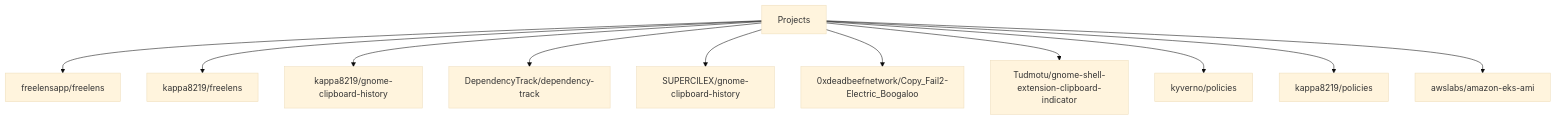
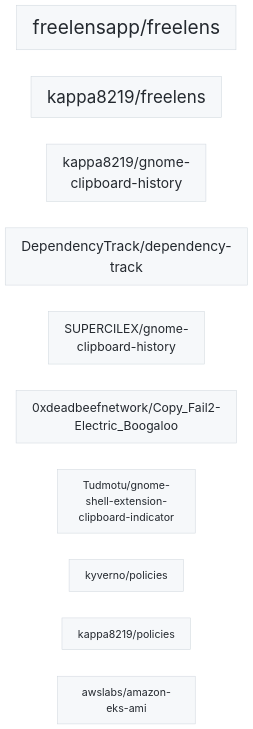
The diagram in README.md (kappa8219/kappa8219), drawn with Mermaid (base theme) before and after one commit. The commit also changed 1 other file, not shown here.

Commit message:
Render projects as sized tag cloud

````diff
--- a/README.md
+++ b/README.md
@@ -4,24 +4,24 @@
 ```mermaid
-graph TD
-  projects[Projects]
-  p1["freelensapp/freelens"]
-  projects --> p1
-  p2["kappa8219/freelens"]
-  projects --> p2
-  p3["kappa8219/gnome-clipboard-history"]
-  projects --> p3
-  p4["DependencyTrack/dependency-track"]
-  projects --> p4
-  p5["SUPERCILEX/gnome-clipboard-history"]
-  projects --> p5
-  p6["0xdeadbeefnetwork/Copy_Fail2-Electric_Boogaloo"]
-  projects --> p6
-  p7["Tudmotu/gnome-shell-extension-clipboard-indicator"]
-  projects --> p7
-  p8["kyverno/policies"]
-  projects --> p8
-  p9["kappa8219/policies"]
-  projects --> p9
-  p10["awslabs/amazon-eks-ami"]
-  projects --> p10
+graph LR
+  classDef tag fill:#f6f8fa,stroke:#d0d7de,color:#24292f;
+  p1["freelensapp/freelens"]:::tag
+  style p1 font-size:36px
+  p2["kappa8219/freelens"]:::tag
+  style p2 font-size:32px
+  p3["kappa8219/gnome-clipboard-history"]:::tag
+  style p3 font-size:26px
+  p4["DependencyTrack/dependency-track"]:::tag
+  style p4 font-size:26px
+  p5["SUPERCILEX/gnome-clipboard-history"]:::tag
+  style p5 font-size:23px
+  p6["0xdeadbeefnetwork/Copy_Fail2-Electric_Boogaloo"]:::tag
+  style p6 font-size:23px
+  p7["Tudmotu/gnome-shell-extension-clipboard-indicator"]:::tag
+  style p7 font-size:20px
+  p8["kyverno/policies"]:::tag
+  style p8 font-size:20px
+  p9["kappa8219/policies"]:::tag
+  style p9 font-size:20px
+  p10["awslabs/amazon-eks-ami"]:::tag
+  style p10 font-size:20px
 ```
````
